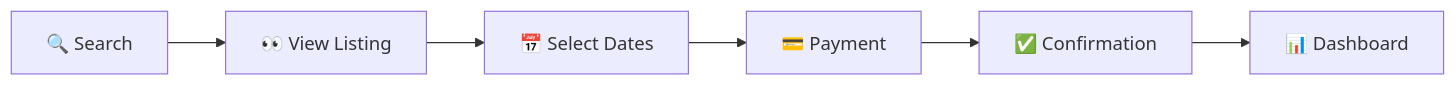
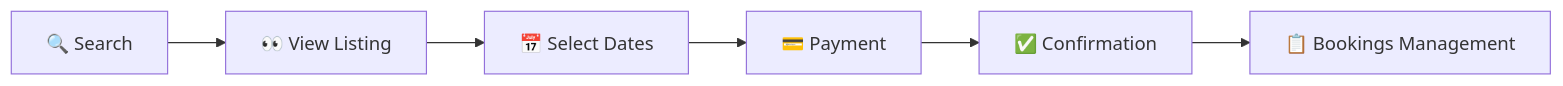
One commit to abdallanoor/booking changed the diagram in README.md. Above: the diagram before and after it, drawn with Mermaid. The commit also changed other lines of this file, not shown here.

````diff
--- a/README.md
+++ b/README.md
@@ -297,8 +324,8 @@
 ```mermaid
 graph LR
     A[🔍 Search] --> B[👀 View Listing]
     B --> C[📅 Select Dates]
     C --> D[💳 Payment]
     D --> E[✅ Confirmation]
-    E --> F[📊 Dashboard]
+    E --> F[📋 Bookings Management]
 ```
````
